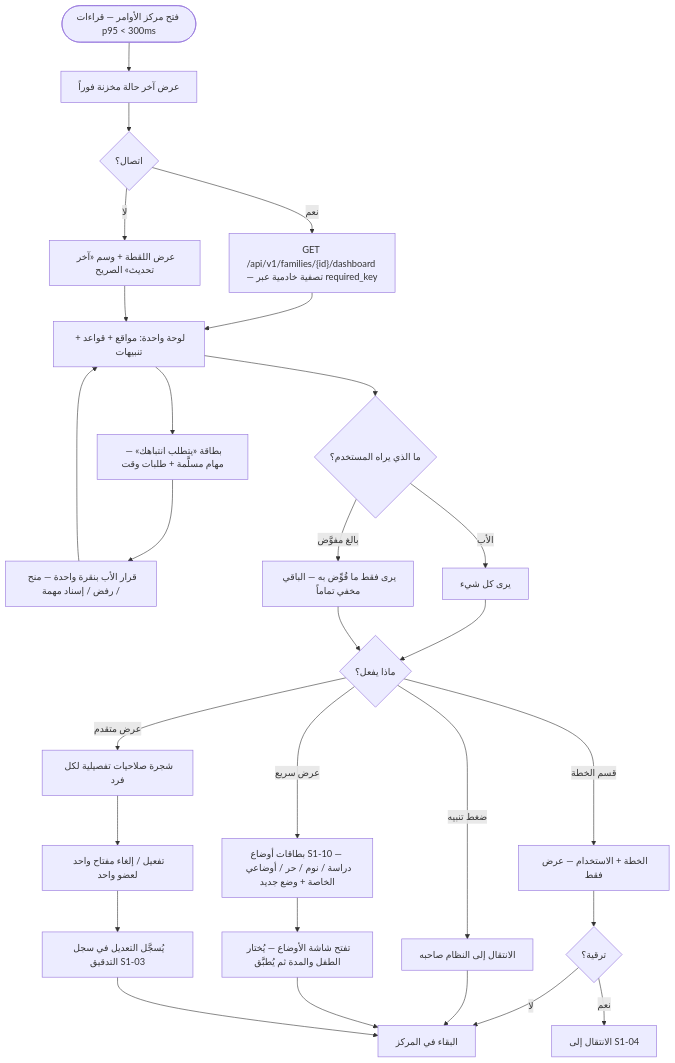
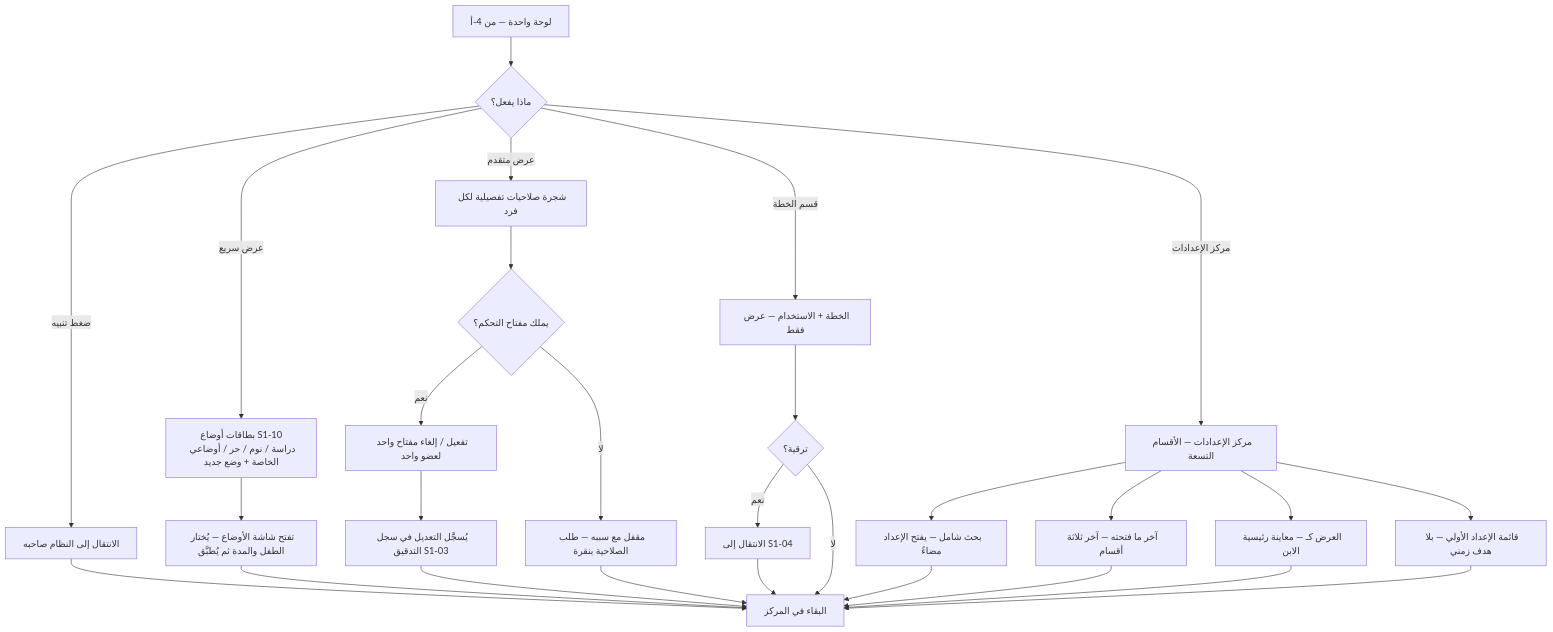
Before and after one commit to Bassam-mohammed-alqaeadi/family-os-v2: diagram 14 of 19 in docs/family-os/governance/phases/phase-1/S1-09-command-center-and-settings/DIAGRAMS.md, drawn with Mermaid. The commit also changed other lines of this file, not shown here.

````diff
--- a/docs/family-os/governance/phases/phase-1/S1-09-command-center-and-settings/DIAGRAMS.md
+++ b/docs/family-os/governance/phases/phase-1/S1-09-command-center-and-settings/DIAGRAMS.md
@@ -421,30 +515,30 @@
 ```mermaid
 flowchart TD
-    Start([فتح مركز الأوامر — قراءات p95 < 300ms]) --> Cached[عرض آخر حالة مخزنة فوراً]
-    Cached --> Conn{اتصال؟}
-    Conn -->|نعم| Fetch["GET /api/v1/families/{id}/dashboard — تصفية خادمية عبر required_key"]
-    Conn -->|لا| Stamp["عرض اللقطة + وسم «آخر تحديث» الصريح"]
-    Fetch --> Dash[لوحة واحدة: مواقع + قواعد + تنبيهات]
-    Stamp --> Dash
-    Dash --> Attn["بطاقة «يتطلب انتباهك» — مهام مسلَّمة + طلبات وقت"]
-    Attn --> Decide[قرار الأب بنقرة واحدة — منح / رفض / إسناد مهمة]
-    Decide --> Dash
-    Dash --> See{ما الذي يراه المستخدم؟}
-    See -->|الأب| All[يرى كل شيء]
-    See -->|بالغ مفوَّض| Only[يرى فقط ما فُوِّض به — الباقي مخفي تماماً]
-    All --> Act{ماذا يفعل؟}
-    Only --> Act
+    Dash[لوحة واحدة — من 4-أ] --> Act{ماذا يفعل؟}
     Act -->|ضغط تنبيه| Nav[الانتقال إلى النظام صاحبه]
-    Act -->|عرض سريع| Quick[بطاقات أوضاع S1-10 — دراسة / نوم / حر / أوضاعي الخاصة + وضع جديد]
+    Act -->|عرض سريع| Quick["بطاقات أوضاع S1-10<br/>دراسة / نوم / حر / أوضاعي الخاصة + وضع جديد"]
     Quick --> Apply[تفتح شاشة الأوضاع — يُختار الطفل والمدة ثم يُطبَّق]
     Act -->|عرض متقدم| Adv[شجرة صلاحيات تفصيلية لكل فرد]
-    Adv --> Edit[تفعيل / إلغاء مفتاح واحد لعضو واحد]
+    Adv --> LockD{يملك مفتاح التحكم؟}
+    LockD -->|نعم| Edit[تفعيل / إلغاء مفتاح واحد لعضو واحد]
     Edit --> Audit[يُسجَّل التعديل في سجل التدقيق S1-03]
+    LockD -->|لا| LockReq[مقفل مع سببه — طلب الصلاحية بنقرة]
     Act -->|قسم الخطة| Plan[الخطة + الاستخدام — عرض فقط]
     Plan --> Upg{ترقية؟}
     Upg -->|نعم| S104[الانتقال إلى S1-04]
     Upg -->|لا| Stay[البقاء في المركز]
+    Act -->|مركز الإعدادات| More[مركز الإعدادات — الأقسام التسعة]
+    More --> Search[بحث شامل — يفتح الإعداد مضاءً]
+    More --> Last[آخر ما فتحته — آخر ثلاثة أقسام]
+    More --> ViewAs[العرض كـ — معاينة رئيسية الابن]
+    More --> Check[قائمة الإعداد الأولي — بلا هدف زمني]
     Nav --> Stay
     Apply --> Stay
     Audit --> Stay
+    LockReq --> Stay
+    S104 --> Stay
+    Search --> Stay
+    Last --> Stay
+    ViewAs --> Stay
+    Check --> Stay
 ```
````
